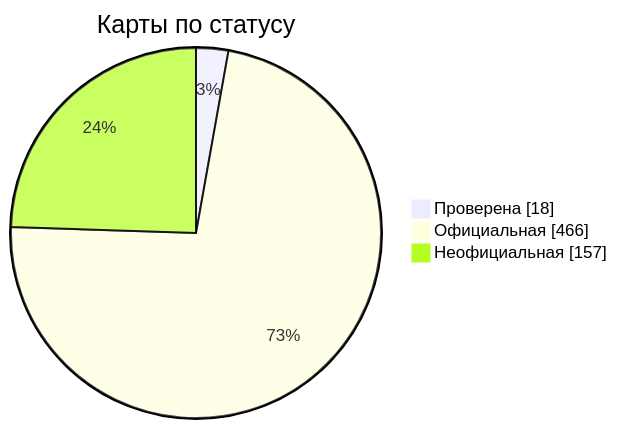
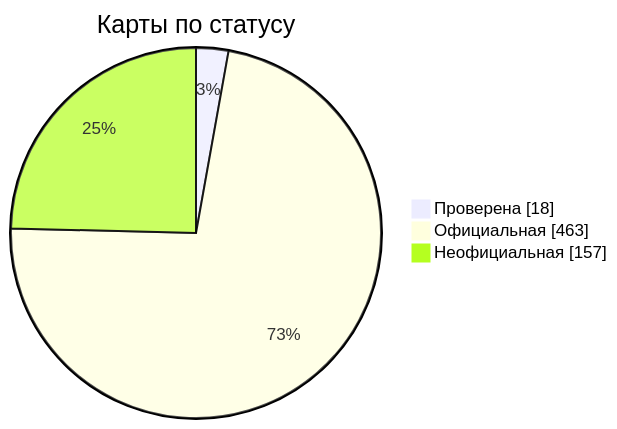
One commit to nobrega8/mbmap-library changed the diagram in docs/readme/README_RU.md. Above: the diagram before and after it, drawn with Mermaid. The commit also changed 10 other files, not shown here.

````diff
--- a/docs/readme/README_RU.md
+++ b/docs/readme/README_RU.md
@@ -54,7 +54,7 @@
 ```mermaid
 pie showData
     title Карты по статусу
     "Проверена" : 18
-    "Официальная" : 466
+    "Официальная" : 463
     "Неофициальная" : 157
 ```
````
